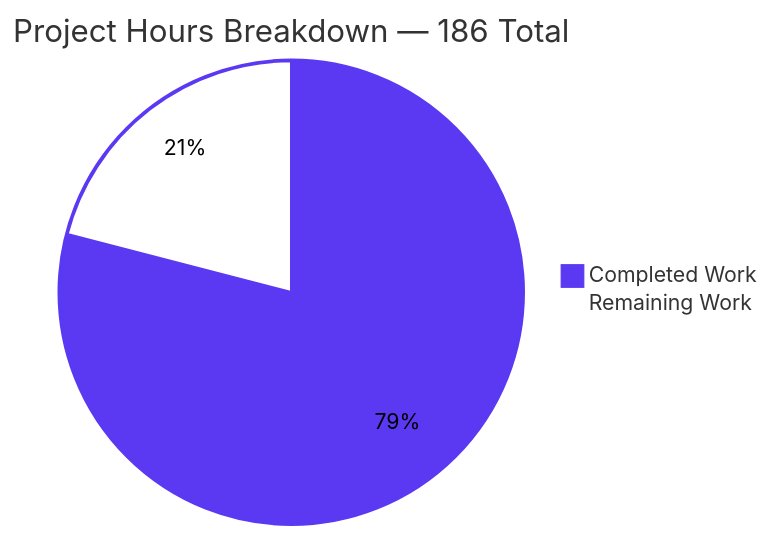
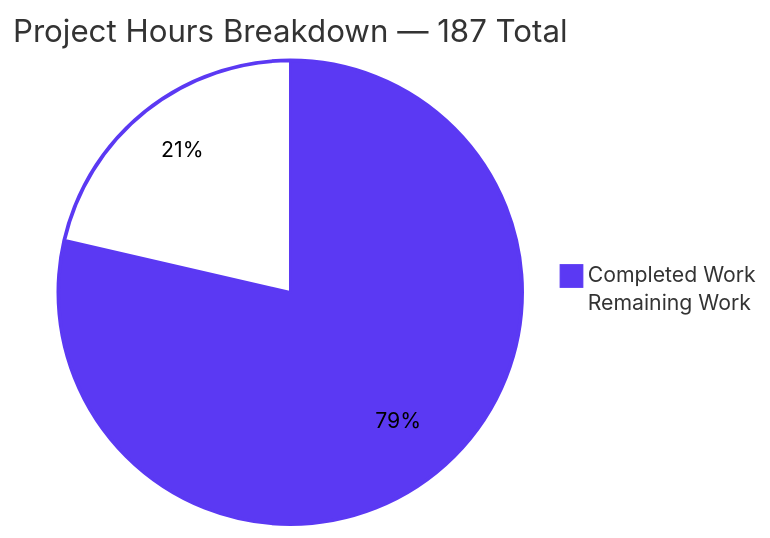
The second of 4 diagrams in blitzy/documentation/Project Guide.md (Tzadiko/monero), drawn with Mermaid before and after one commit. The commit also changed other lines of this file and 15 other files, not shown here.

````diff
--- a/blitzy/documentation/Project Guide.md
+++ b/blitzy/documentation/Project Guide.md
@@ -1641,6 +1670,6 @@
 ```mermaid
 %%{init: {"theme": "base", "themeVariables": {"pie1": "#5B39F3", "pie2": "#FFFFFF", "pieOpacity": "1", "pieStrokeColor": "#5B39F3", "pieOuterStrokeColor": "#5B39F3", "pieSectionTextColor": "#000000"}}}%%
-pie title Project Hours Breakdown — 186 Total
+pie title Project Hours Breakdown — 187 Total
     "Completed Work" : 147
-    "Remaining Work" : 39
+    "Remaining Work" : 40
 ```
````
